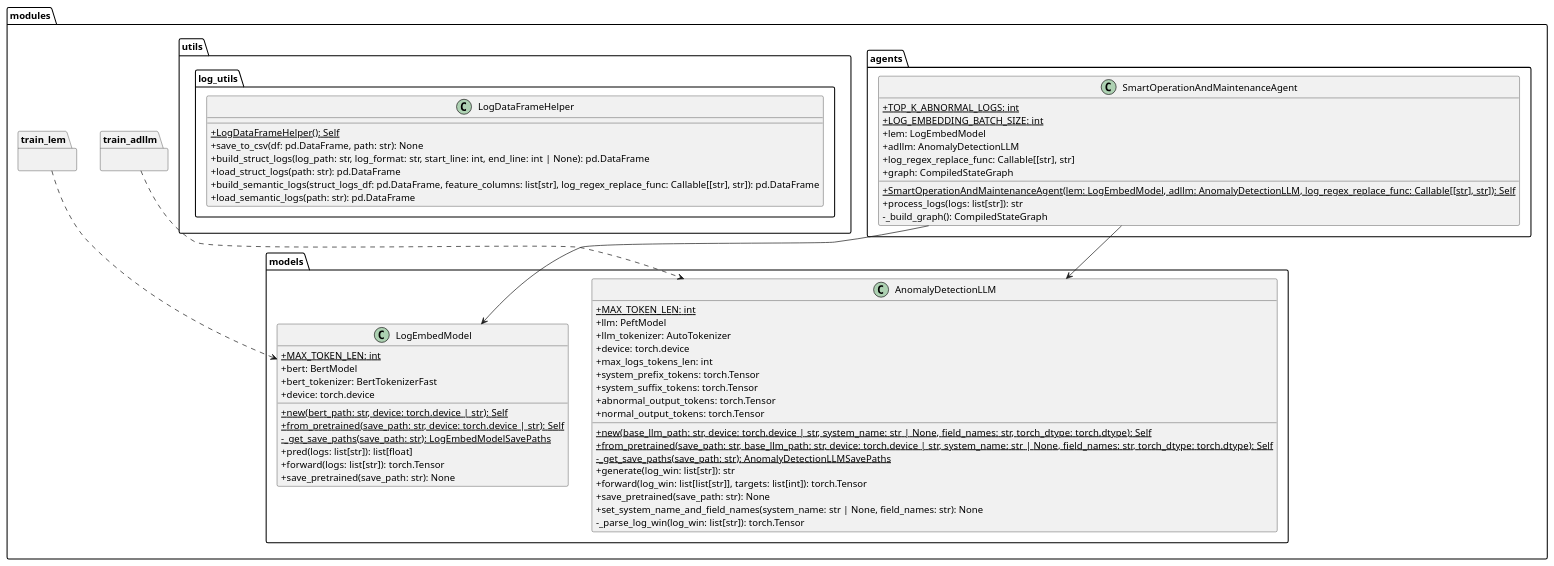
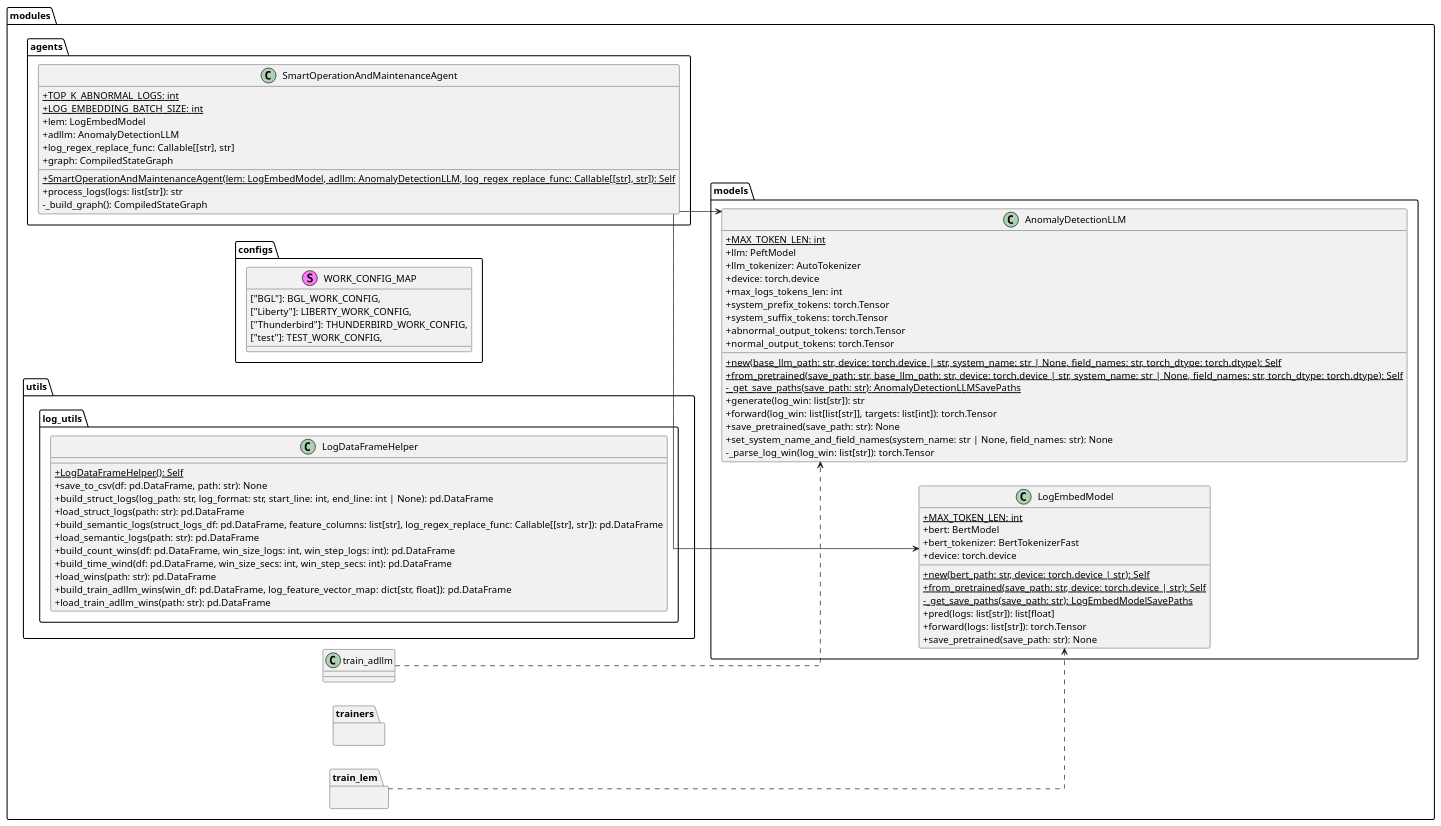
Before and after one commit to alsk1369854/smart-om-agent: the diagram in docs/uml/class/smart-om-agent.pu, drawn with PlantUML. The commit also changed 2 other files, not shown here.

Commit message:
refactor: create trainers

```diff
--- a/docs/uml/class/smart-om-agent.pu
+++ b/docs/uml/class/smart-om-agent.pu
@@ -1,81 +1,115 @@
 @startuml
 skinparam classAttributeIconSize 0
-' left to right direction
+left to right direction
 ' top to bottom direction
+
+skinparam linetype ortho
+' skinparam linetype polyline
 
 package "modules" {
     package "agents" {
         class SmartOperationAndMaintenanceAgent {
             + {static} TOP_K_ABNORMAL_LOGS: int
             + {static} LOG_EMBEDDING_BATCH_SIZE: int
             + lem: LogEmbedModel
             + adllm: AnomalyDetectionLLM
             + log_regex_replace_func: Callable[[str], str]
             + graph: CompiledStateGraph
 
             + {static} SmartOperationAndMaintenanceAgent(lem: LogEmbedModel, adllm: AnomalyDetectionLLM, log_regex_replace_func: Callable[[str], str]): Self
             + process_logs(logs: list[str]): str
             - _build_graph(): CompiledStateGraph
             
         }
     }
 
     package "models" {
         class LogEmbedModel {
             + {static} MAX_TOKEN_LEN: int
             + bert: BertModel
             + bert_tokenizer: BertTokenizerFast
             + device: torch.device
 
             + {static} new(bert_path: str, device: torch.device | str): Self
             + {static} from_pretrained(save_path: str, device: torch.device | str): Self
             - {static} _get_save_paths(save_path: str): LogEmbedModelSavePaths
             + pred(logs: list[str]): list[float]
             + forward(logs: list[str]): torch.Tensor
             + save_pretrained(save_path: str): None
         }
 
         class AnomalyDetectionLLM {
             + {static} MAX_TOKEN_LEN: int
             + llm: PeftModel
             + llm_tokenizer: AutoTokenizer
             + device: torch.device
             + max_logs_tokens_len: int
             + system_prefix_tokens: torch.Tensor
             + system_suffix_tokens: torch.Tensor
             + abnormal_output_tokens: torch.Tensor
             + normal_output_tokens: torch.Tensor
 
             + {static} new(base_llm_path: str, device: torch.device | str, system_name: str | None, field_names: str, torch_dtype: torch.dtype): Self
             + {static} from_pretrained(save_path: str, base_llm_path: str, device: torch.device | str, system_name: str | None, field_names: str, torch_dtype: torch.dtype): Self
             - {static} _get_save_paths(save_path: str): AnomalyDetectionLLMSavePaths
             + generate(log_win: list[str]): str
             + forward(log_win: list[list[str]], targets: list[int]): torch.Tensor
             + save_pretrained(save_path: str): None
             + set_system_name_and_field_names(system_name: str | None, field_names: str): None
             - _parse_log_win(log_win: list[str]): torch.Tensor
         }
     }
 
-    package "train_adllm" {}
+    package "configs" {
+        stereotype WORK_CONFIG_MAP {
+            ["BGL"]: BGL_WORK_CONFIG,
+            ["Liberty"]: LIBERTY_WORK_CONFIG,
+            ["Thunderbird"]: THUNDERBIRD_WORK_CONFIG,
+            ["test"]: TEST_WORK_CONFIG,
+        }
+    }
+
+    package "trainers" {
+    }
+
+    class train_adllm {}
+
+    ' package "train_adllm" {
+'         def train(
+'     *,
+'     adllm: models.AnomalyDetectionLLM,
+'     epochs: int,
+'     lr: float,
+'     gradient_accumulation_steps: int,
+'     train_loader: DataLoader, 
+'     test_loader: DataLoader,
+'     top_k_logs: int,
+'     save_base: str,
+' ) -> None:
+    ' }
     package "train_lem" {}
 
     package "utils" {
         package "log_utils" {
             class LogDataFrameHelper {
                 + {static} LogDataFrameHelper(): Self
                 + save_to_csv(df: pd.DataFrame, path: str): None
                 + build_struct_logs(log_path: str, log_format: str, start_line: int, end_line: int | None): pd.DataFrame
                 + load_struct_logs(path: str): pd.DataFrame
                 + build_semantic_logs(struct_logs_df: pd.DataFrame, feature_columns: list[str], log_regex_replace_func: Callable[[str], str]): pd.DataFrame
                 + load_semantic_logs(path: str): pd.DataFrame
+                + build_count_wins(df: pd.DataFrame, win_size_logs: int, win_step_logs: int): pd.DataFrame
+                + build_time_wind(df: pd.DataFrame, win_size_secs: int, win_step_secs: int): pd.DataFrame
+                + load_wins(path: str): pd.DataFrame
+                + build_train_adllm_wins(win_df: pd.DataFrame, log_feature_vector_map: dict[str, float]): pd.DataFrame
+                + load_train_adllm_wins(path: str): pd.DataFrame
             }
         }
     }
 }
 
 SmartOperationAndMaintenanceAgent --> LogEmbedModel
 SmartOperationAndMaintenanceAgent --> AnomalyDetectionLLM
 train_adllm ..> AnomalyDetectionLLM
 train_lem ..> LogEmbedModel
 @enduml
```
